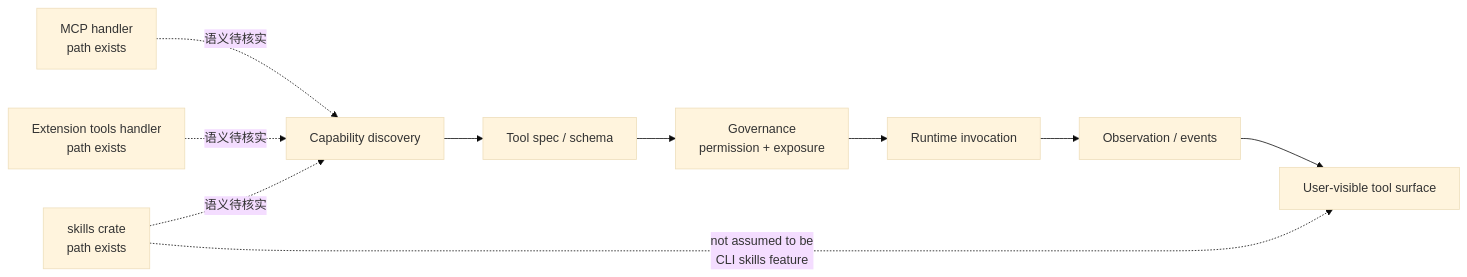
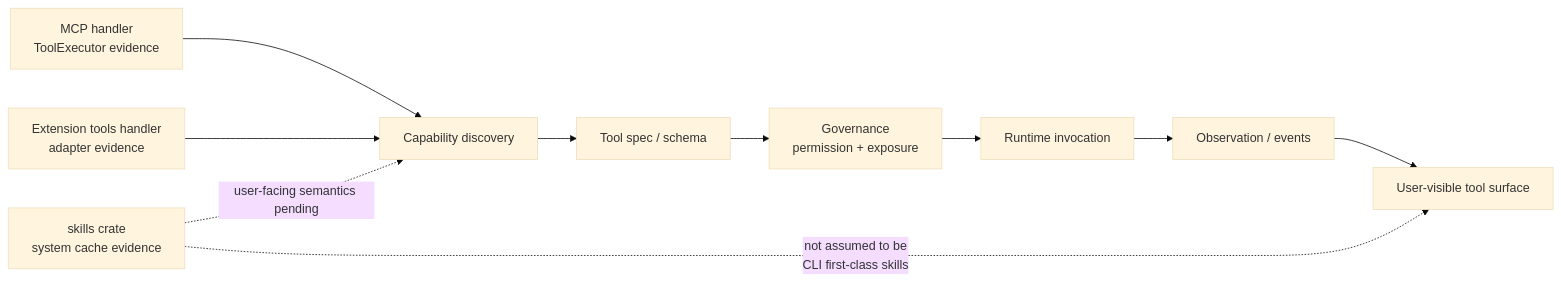
One commit to shihao-zhang/learn-codex changed the diagram in chapters/s10_extensions_mcp_skills/diagram.mmd. Above: the diagram before and after it, drawn with Mermaid (base theme). The commit also changed 24 other files, not shown here.

```diff
--- a/chapters/s10_extensions_mcp_skills/diagram.mmd
+++ b/chapters/s10_extensions_mcp_skills/diagram.mmd
@@ -1,12 +1,12 @@
 flowchart LR
-    M["MCP handler<br/>path exists"] -. "语义待核实" .-> D["Capability discovery"]
-    E["Extension tools handler<br/>path exists"] -. "语义待核实" .-> D
-    K["skills crate<br/>path exists"] -. "语义待核实" .-> D
+    M["MCP handler<br/>ToolExecutor evidence"] --> D["Capability discovery"]
+    E["Extension tools handler<br/>adapter evidence"] --> D
+    K["skills crate<br/>system cache evidence"] -. "user-facing semantics pending" .-> D
 
     D --> S["Tool spec / schema"]
     S --> G["Governance<br/>permission + exposure"]
     G --> R["Runtime invocation"]
     R --> O["Observation / events"]
     O --> U["User-visible tool surface"]
 
-    K -. "not assumed to be<br/>CLI skills feature" .-> U
+    K -. "not assumed to be<br/>CLI first-class skills" .-> U
```
